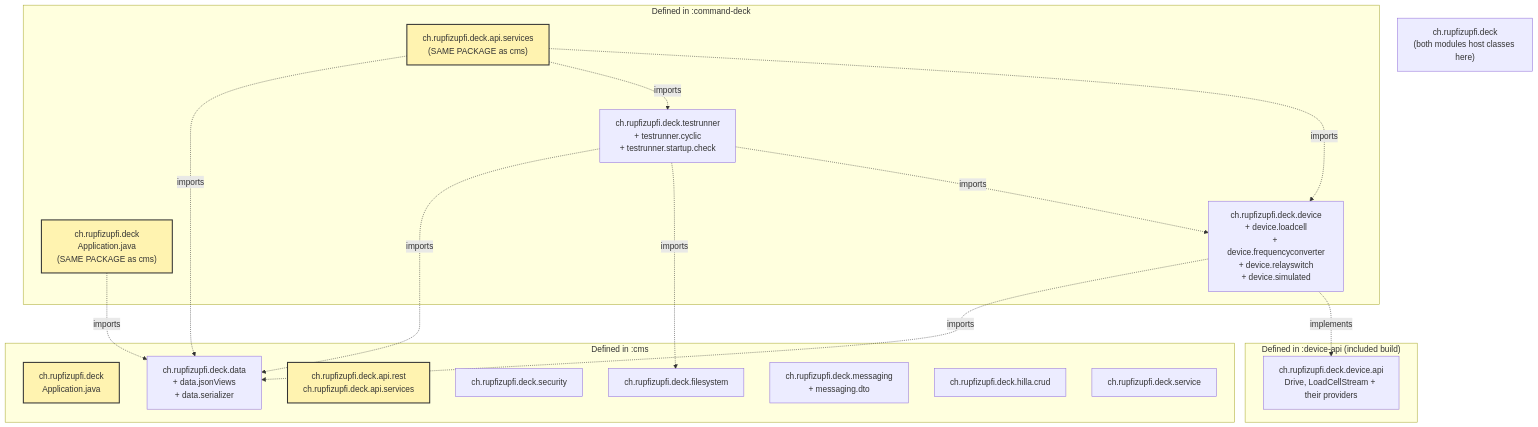
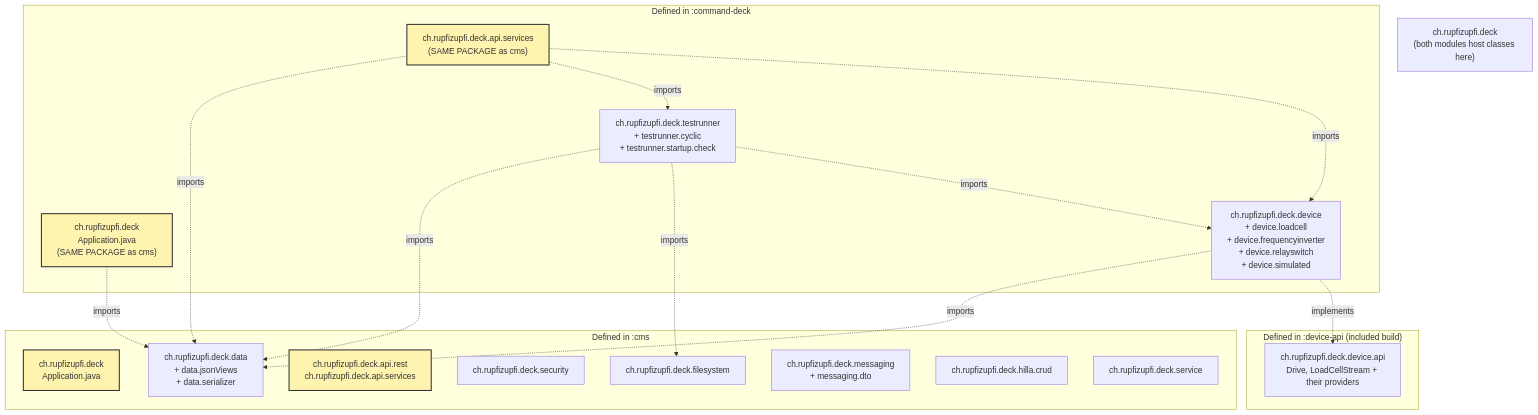
Before and after one commit to rupfizupfi/breaktest-command-deck: the diagram in doc/02-modules/shared-code-strategy.md, drawn with Mermaid. The commit also changed other lines of this file and 29 other files, not shown here.

````diff
--- a/doc/02-modules/shared-code-strategy.md
+++ b/doc/02-modules/shared-code-strategy.md
@@ -26,39 +26,39 @@
 ```mermaid
 graph TD
     root["ch.rupfizupfi.deck<br/>(both modules host classes here)"]
 
     subgraph cms_pkgs["Defined in :cms"]
         cms_root["ch.rupfizupfi.deck<br/>Application.java"]
         cms_data["ch.rupfizupfi.deck.data<br/>+ data.jsonViews<br/>+ data.serializer"]
         cms_api["ch.rupfizupfi.deck.api.rest<br/>ch.rupfizupfi.deck.api.services"]
         cms_security["ch.rupfizupfi.deck.security"]
         cms_filesystem["ch.rupfizupfi.deck.filesystem"]
         cms_messaging["ch.rupfizupfi.deck.messaging<br/>+ messaging.dto"]
         cms_hilla["ch.rupfizupfi.deck.hilla.crud"]
         cms_service["ch.rupfizupfi.deck.service"]
     end
 
     subgraph deck_pkgs["Defined in :command-deck"]
         deck_root["ch.rupfizupfi.deck<br/>Application.java<br/>(SAME PACKAGE as cms)"]
         deck_api["ch.rupfizupfi.deck.api.services<br/>(SAME PACKAGE as cms)"]
-        deck_device["ch.rupfizupfi.deck.device<br/>+ device.loadcell<br/>+ device.frequencyconverter<br/>+ device.relayswitch<br/>+ device.simulated"]
+        deck_device["ch.rupfizupfi.deck.device<br/>+ device.loadcell<br/>+ device.frequencyinverter<br/>+ device.relayswitch<br/>+ device.simulated"]
         deck_test["ch.rupfizupfi.deck.testrunner<br/>+ testrunner.cyclic<br/>+ testrunner.startup.check"]
     end
 
     subgraph api_pkgs["Defined in :device-api (included build)"]
         api_device["ch.rupfizupfi.deck.device.api<br/>Drive, LoadCellStream + their providers"]
     end
 
     deck_api -.->|imports| cms_data
     deck_api -.->|imports| deck_test
     deck_api -.->|imports| deck_device
     deck_test -.->|imports| cms_data
     deck_test -.->|imports| cms_filesystem
     deck_test -.->|imports| deck_device
     deck_device -.->|imports| cms_data
     deck_root -.->|imports| cms_data
     deck_device -.->|implements| api_device
 
     classDef shared fill:#fff3b0,stroke:#333,stroke-width:2px
     class cms_root,deck_root,cms_api,deck_api shared
 ```
````
